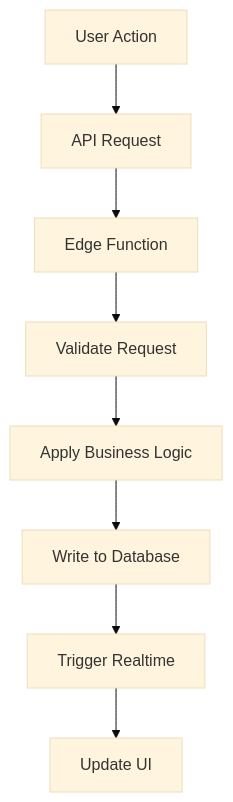
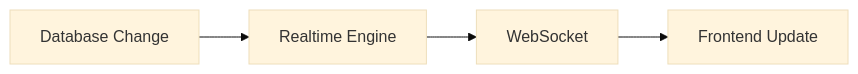
One commit to vanshrajputcodes/Flowsense changed diagram 11 of 13 in README.md. Above: the diagram before and after it, drawn with Mermaid (base theme). The commit also changed other lines of this file, not shown here.

````diff
--- a/README.md
+++ b/README.md
@@ -165,12 +203,6 @@
 ```mermaid
-flowchart TD
-    A[User Action] --> B[API Request]
-    B --> C[Edge Function]
-
-    C --> D[Validate Request]
-    D --> E[Apply Business Logic]
-    E --> F[Write to Database]
-
-    F --> G[Trigger Realtime]
-    G --> H[Update UI]
+flowchart LR
+    A[Database Change] --> B[Realtime Engine]
+    B --> C[WebSocket]
+    C --> D[Frontend Update]
 ```
````
